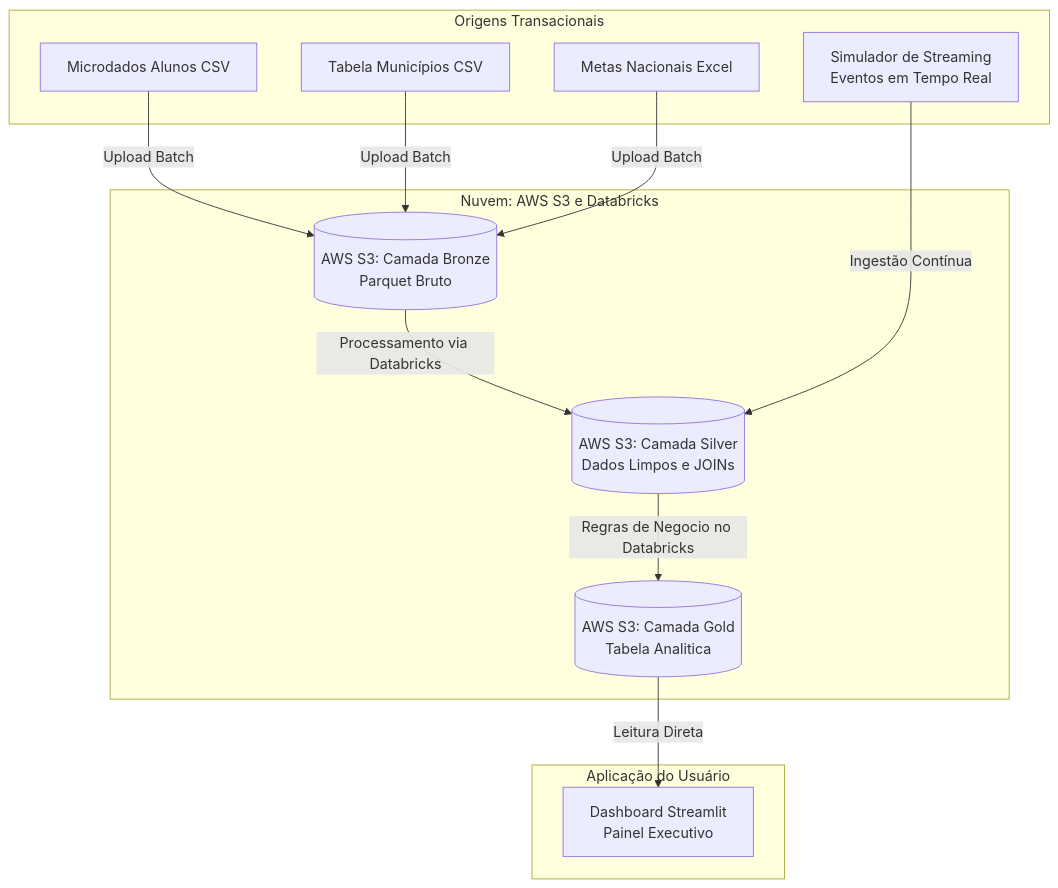
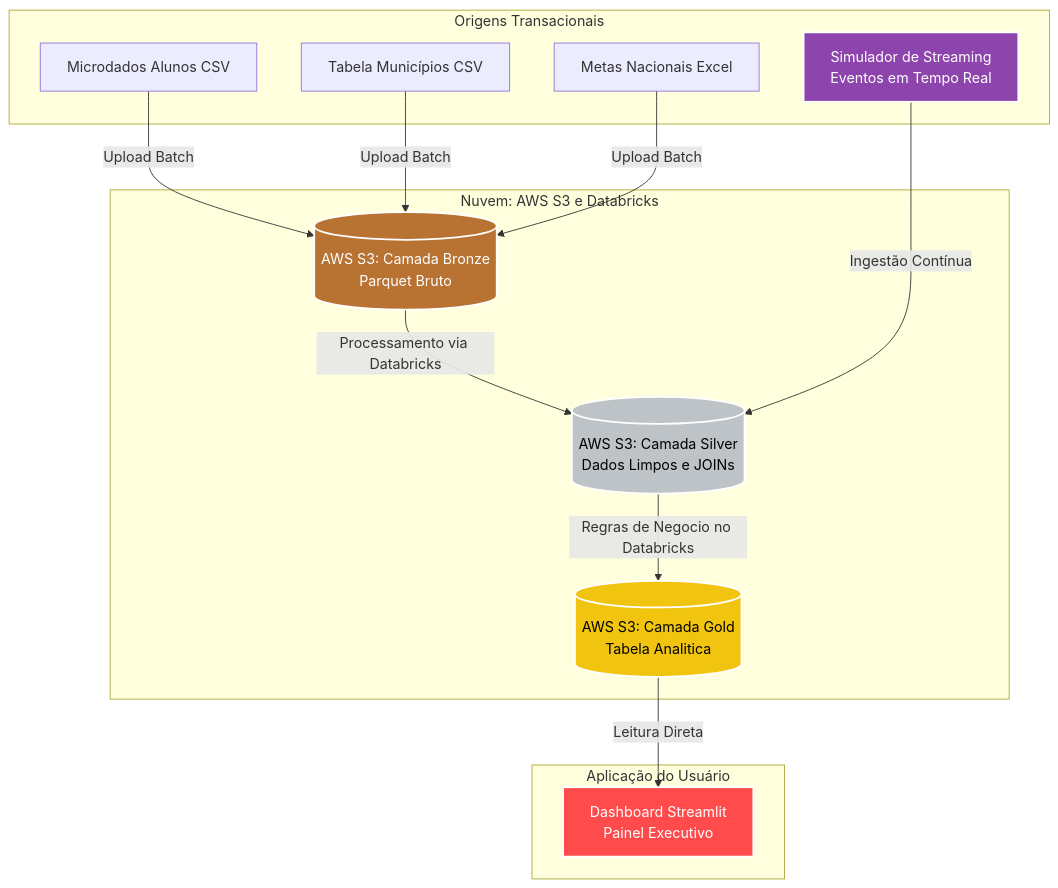
Before and after one commit to LeonardoGMendoza/pipeline-hibrido-alfabetizacao-brasil: the diagram in README.md, drawn with Mermaid.

Commit message:
docs: adiciona cores personalizadas no diagrama da arquitetura

````diff
--- a/README.md
+++ b/README.md
@@ -24,28 +24,35 @@
 ```mermaid
 graph TD
     subgraph Origens_Governamentais ["Origens Transacionais"]
         A["Microdados Alunos CSV"]
         B["Tabela Municípios CSV"]
         C["Metas Nacionais Excel"]
         S["Simulador de Streaming<br>Eventos em Tempo Real"]
     end
 
     subgraph AWS_Databricks ["Nuvem: AWS S3 e Databricks"]
         D[("AWS S3: Camada Bronze<br>Parquet Bruto")]
         A -->|"Upload Batch"| D
         B -->|"Upload Batch"| D
         C -->|"Upload Batch"| D
         
         E[("AWS S3: Camada Silver<br>Dados Limpos e JOINs")]
         D -->|"Processamento via Databricks"| E
         S -->|"Ingestão Contínua"| E
         
         F[("AWS S3: Camada Gold<br>Tabela Analitica")]
         E -->|"Regras de Negocio no Databricks"| F
     end
 
     subgraph Frontend ["Aplicação do Usuário"]
         H["Dashboard Streamlit<br>Painel Executivo"]
         F -->|"Leitura Direta"| H
     end
+
+    %% Estilizacao de Cores (Medallion e Ferramentas)
+    style D fill:#b87333,stroke:#fff,stroke-width:2px,color:#fff
+    style E fill:#bdc3c7,stroke:#fff,stroke-width:2px,color:#000
+    style F fill:#f1c40f,stroke:#fff,stroke-width:2px,color:#000
+    style S fill:#8e44ad,stroke:#fff,stroke-width:2px,color:#fff
+    style H fill:#ff4b4b,stroke:#fff,stroke-width:2px,color:#fff
 ```
````
